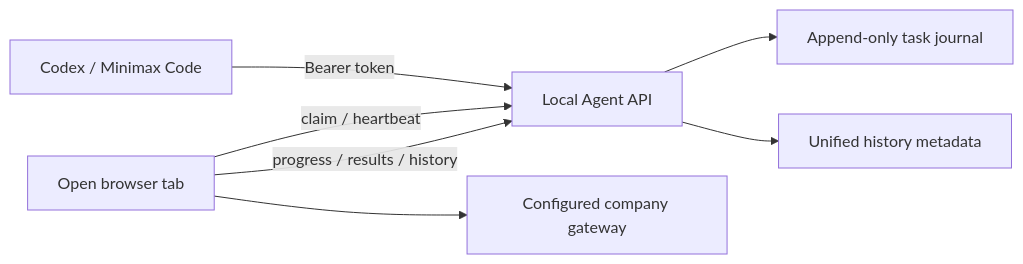
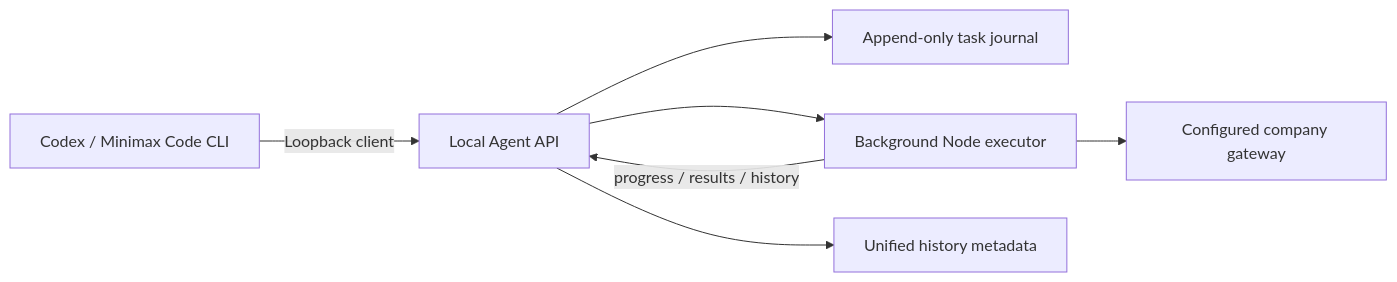
One commit to MizukiShigure/APIplusWebtools changed the second of 2 diagrams in docs/ARCHITECTURE.md. Above: the diagram before and after it, drawn with Mermaid. The commit also changed other lines of this file and 127 other files, not shown here.

````diff
--- a/docs/ARCHITECTURE.md
+++ b/docs/ARCHITECTURE.md
@@ -101,9 +102,9 @@
 ```mermaid
 flowchart LR
-  A["Codex / Minimax Code"] -->|Bearer token| L["Local Agent API"]
+  A["Codex / Minimax Code CLI"] -->|Loopback client| L["Local Agent API"]
   L --> J["Append-only task journal"]
-  B["Open browser tab"] -->|claim / heartbeat| L
+  L --> B["Background Node executor"]
   B --> G["Configured company gateway"]
   B -->|progress / results / history| L
   L --> H["Unified history metadata"]
 ```
````
